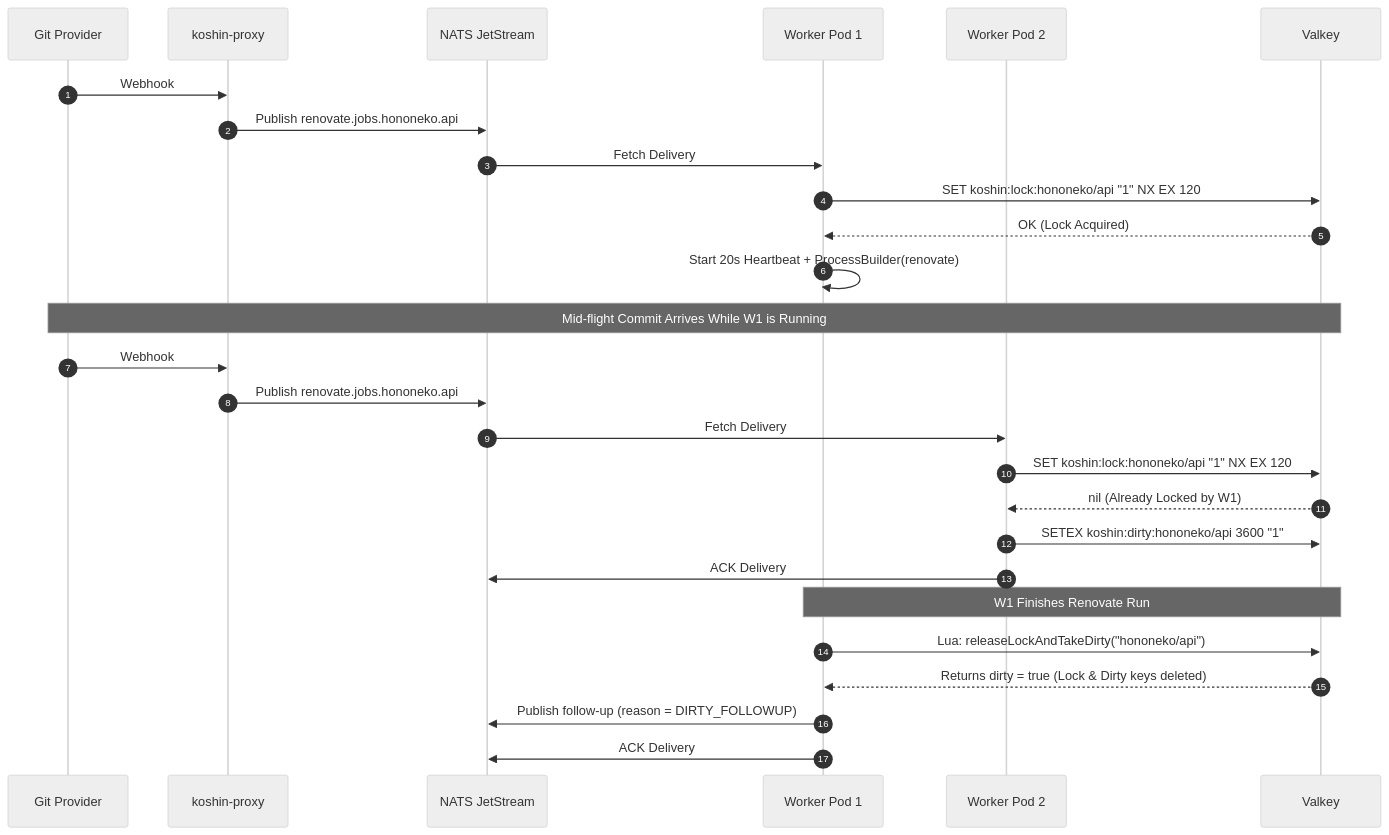
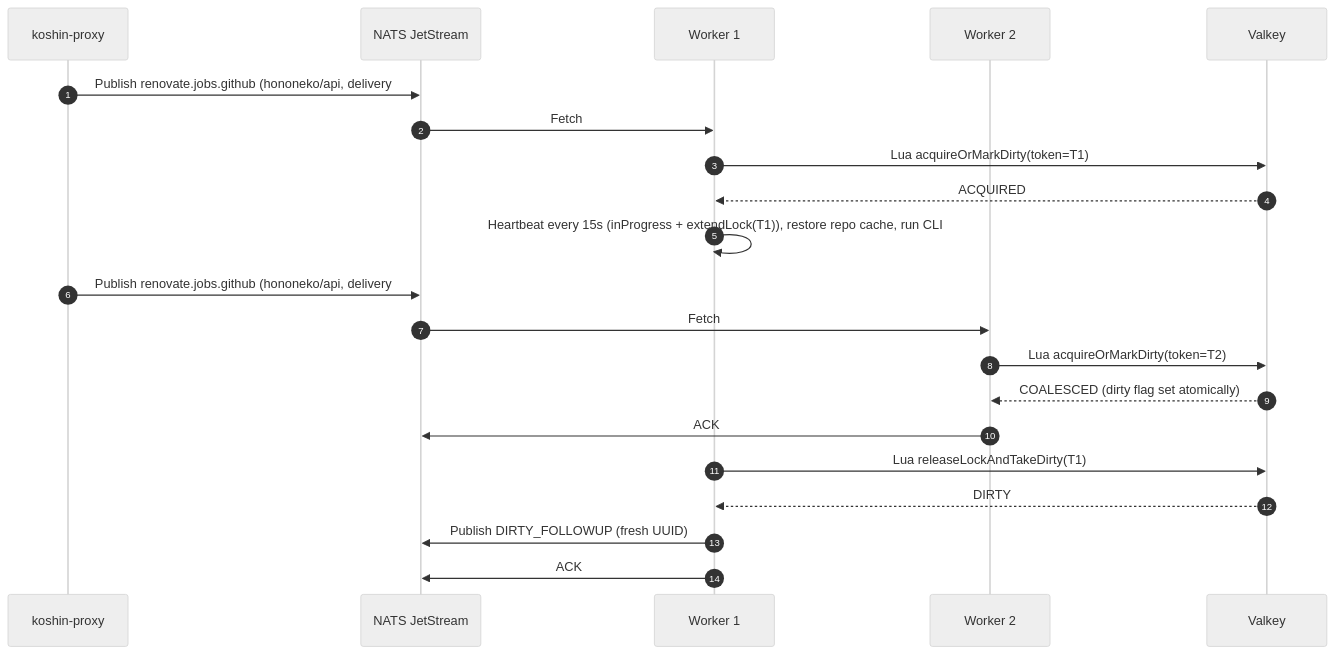
One commit to hononeko/koshin changed the second of 2 diagrams in architecture.md. Above: the diagram before and after it, drawn with Mermaid (neutral theme). The commit also changed other lines of this file and 28 other files, not shown here.

````diff
--- a/architecture.md
+++ b/architecture.md
@@ -182,32 +168,26 @@
 ```mermaid
 sequenceDiagram
     autonumber
-    participant Git as Git Provider
     participant Proxy as koshin-proxy
     participant NATS as NATS JetStream
-    participant W1 as Worker Pod 1
-    participant W2 as Worker Pod 2
+    participant W1 as Worker 1
+    participant W2 as Worker 2
     participant VK as Valkey
 
-    Git->>Proxy: Webhook #1 (hononeko/api)
-    Proxy->>NATS: Publish renovate.jobs.hononeko.api
-    NATS->>W1: Fetch Delivery #1
-    W1->>VK: SET koshin:lock:hononeko/api "1" NX EX 120
-    VK-->>W1: OK (Lock Acquired)
-    W1->>W1: Start 20s Heartbeat + ProcessBuilder(renovate)
+    Proxy->>NATS: Publish renovate.jobs.github (hononeko/api, delivery #1)
+    NATS->>W1: Fetch #1
+    W1->>VK: Lua acquireOrMarkDirty(token=T1)
+    VK-->>W1: ACQUIRED
+    W1->>W1: Heartbeat every 15s (inProgress + extendLock(T1)), restore repo cache, run CLI
 
-    Note over Git, VK: Mid-flight Commit Arrives While W1 is Running
-    Git->>Proxy: Webhook #2 (hononeko/api)
-    Proxy->>NATS: Publish renovate.jobs.hononeko.api
-    NATS->>W2: Fetch Delivery #2
-    W2->>VK: SET koshin:lock:hononeko/api "1" NX EX 120
-    VK-->>W2: nil (Already Locked by W1)
-    W2->>VK: SETEX koshin:dirty:hononeko/api 3600 "1"
-    W2->>NATS: ACK Delivery #2 (Coalesced in 2ms; W2 is free!)
+    Proxy->>NATS: Publish renovate.jobs.github (hononeko/api, delivery #2)
+    NATS->>W2: Fetch #2
+    W2->>VK: Lua acquireOrMarkDirty(token=T2)
+    VK-->>W2: COALESCED (dirty flag set atomically)
+    W2->>NATS: ACK #2
 
-    Note over W1, VK: W1 Finishes Renovate Run
-    W1->>VK: Lua: releaseLockAndTakeDirty("hononeko/api")
-    VK-->>W1: Returns dirty = true (Lock & Dirty keys deleted)
-    W1->>NATS: Publish follow-up (reason = DIRTY_FOLLOWUP)
-    W1->>NATS: ACK Delivery #1
+    W1->>VK: Lua releaseLockAndTakeDirty(T1)
+    VK-->>W1: DIRTY
+    W1->>NATS: Publish DIRTY_FOLLOWUP (fresh UUID)
+    W1->>NATS: ACK #1
 ```
````
